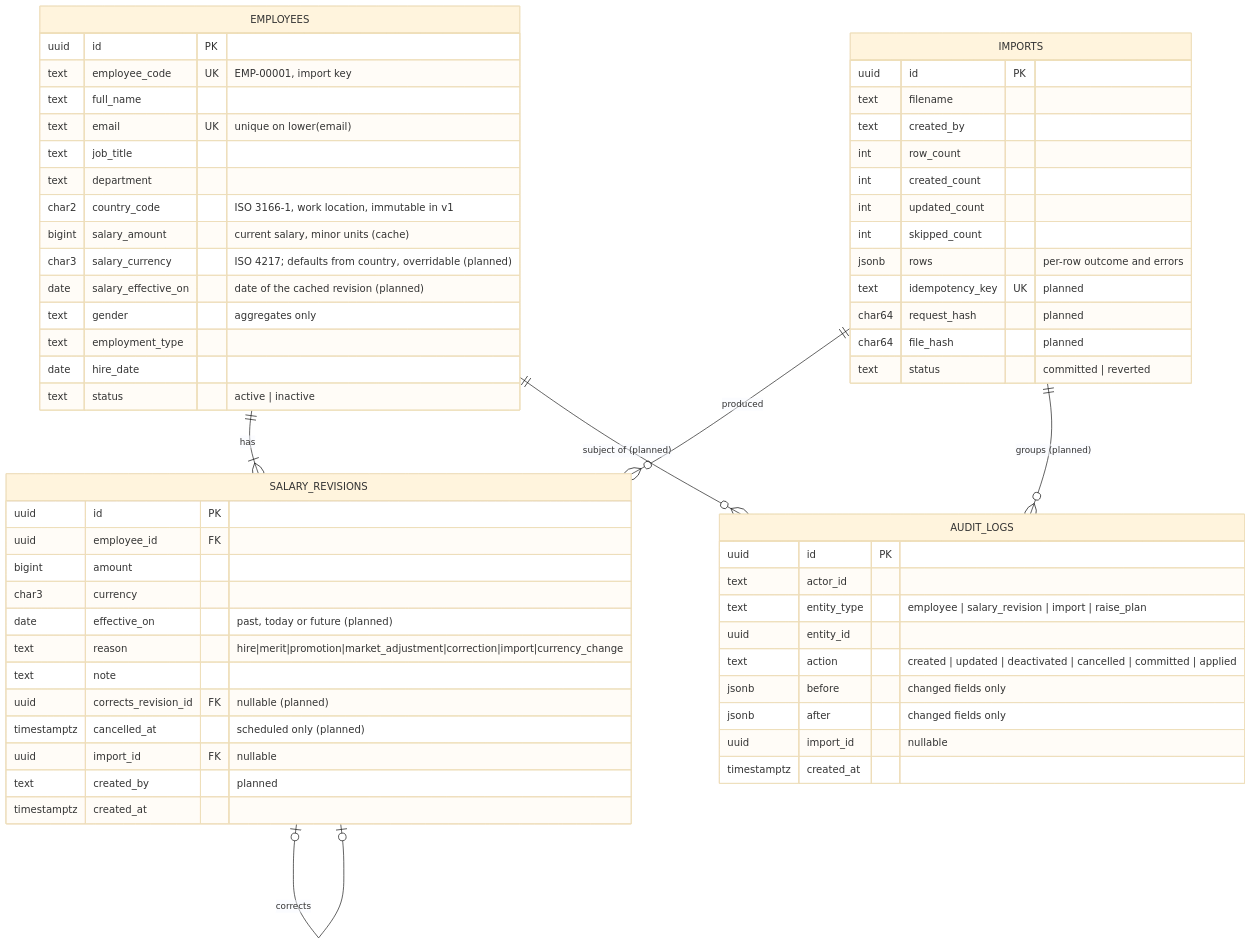
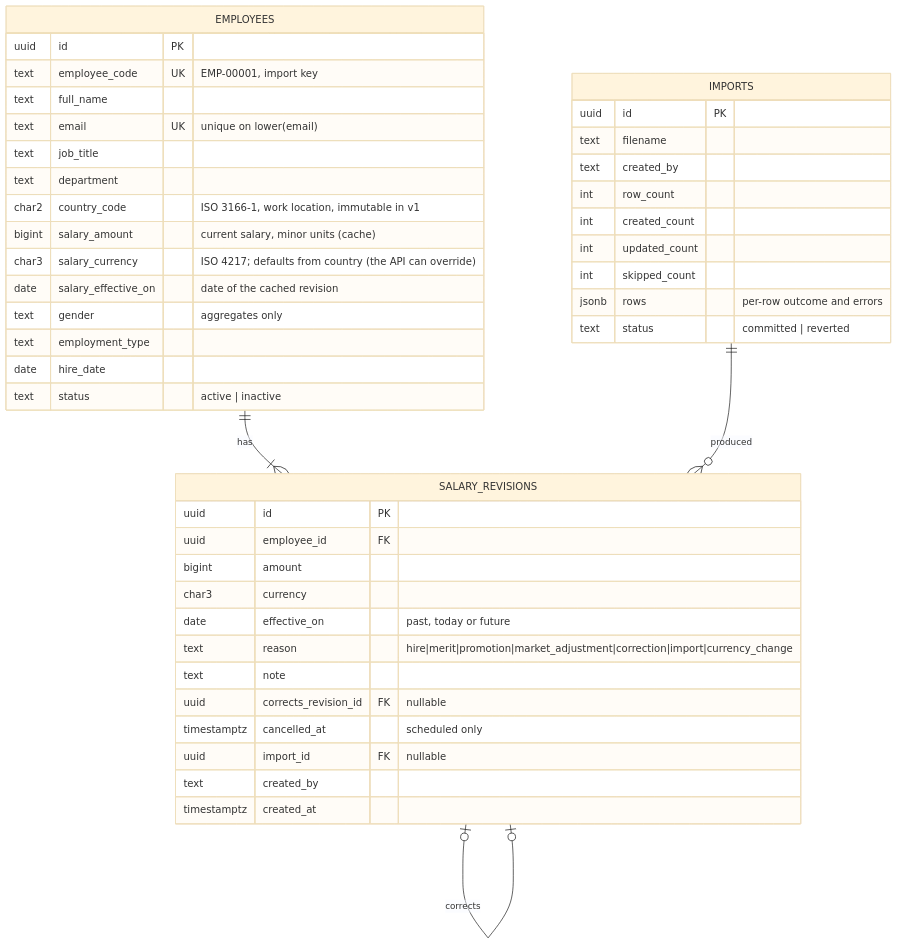
One commit to Sandeep-M23/paywise changed the second of 4 diagrams in docs/DESIGN.md. Above: the diagram before and after it, drawn with Mermaid (base theme). The commit also changed other lines of this file and 11 other files, not shown here.

````diff
--- a/docs/DESIGN.md
+++ b/docs/DESIGN.md
@@ -46,63 +44,47 @@
 ```mermaid
 erDiagram
   EMPLOYEES ||--|{ SALARY_REVISIONS : has
   SALARY_REVISIONS |o--o| SALARY_REVISIONS : corrects
   IMPORTS ||--o{ SALARY_REVISIONS : produced
-  IMPORTS ||--o{ AUDIT_LOGS : "groups (planned)"
-  EMPLOYEES ||--o{ AUDIT_LOGS : "subject of (planned)"
   EMPLOYEES {
     uuid id PK
     text employee_code UK "EMP-00001, import key"
     text full_name
     text email UK "unique on lower(email)"
     text job_title
     text department
     char2 country_code "ISO 3166-1, work location, immutable in v1"
     bigint salary_amount "current salary, minor units (cache)"
-    char3 salary_currency "ISO 4217; defaults from country, overridable (planned)"
-    date salary_effective_on "date of the cached revision (planned)"
+    char3 salary_currency "ISO 4217; defaults from country (the API can override)"
+    date salary_effective_on "date of the cached revision"
     text gender "aggregates only"
     text employment_type
     date hire_date
     text status "active | inactive"
   }
   SALARY_REVISIONS {
     uuid id PK
     uuid employee_id FK
     bigint amount
     char3 currency
-    date effective_on "past, today or future (planned)"
+    date effective_on "past, today or future"
     text reason "hire|merit|promotion|market_adjustment|correction|import|currency_change"
     text note
-    uuid corrects_revision_id FK "nullable (planned)"
-    timestamptz cancelled_at "scheduled only (planned)"
+    uuid corrects_revision_id FK "nullable"
+    timestamptz cancelled_at "scheduled only"
     uuid import_id FK "nullable"
-    text created_by "planned"
+    text created_by
     timestamptz created_at
   }
   IMPORTS {
     uuid id PK
     text filename
     text created_by
     int row_count
     int created_count
     int updated_count
     int skipped_count
     jsonb rows "per-row outcome and errors"
-    text idempotency_key UK "planned"
-    char64 request_hash "planned"
-    char64 file_hash "planned"
     text status "committed | reverted"
   }
-  AUDIT_LOGS {
-    uuid id PK
-    text actor_id
-    text entity_type "employee | salary_revision | import | raise_plan"
-    uuid entity_id
-    text action "created | updated | deactivated | cancelled | committed | applied"
-    jsonb before "changed fields only"
-    jsonb after "changed fields only"
-    uuid import_id "nullable"
-    timestamptz created_at
-  }
 ```
````
